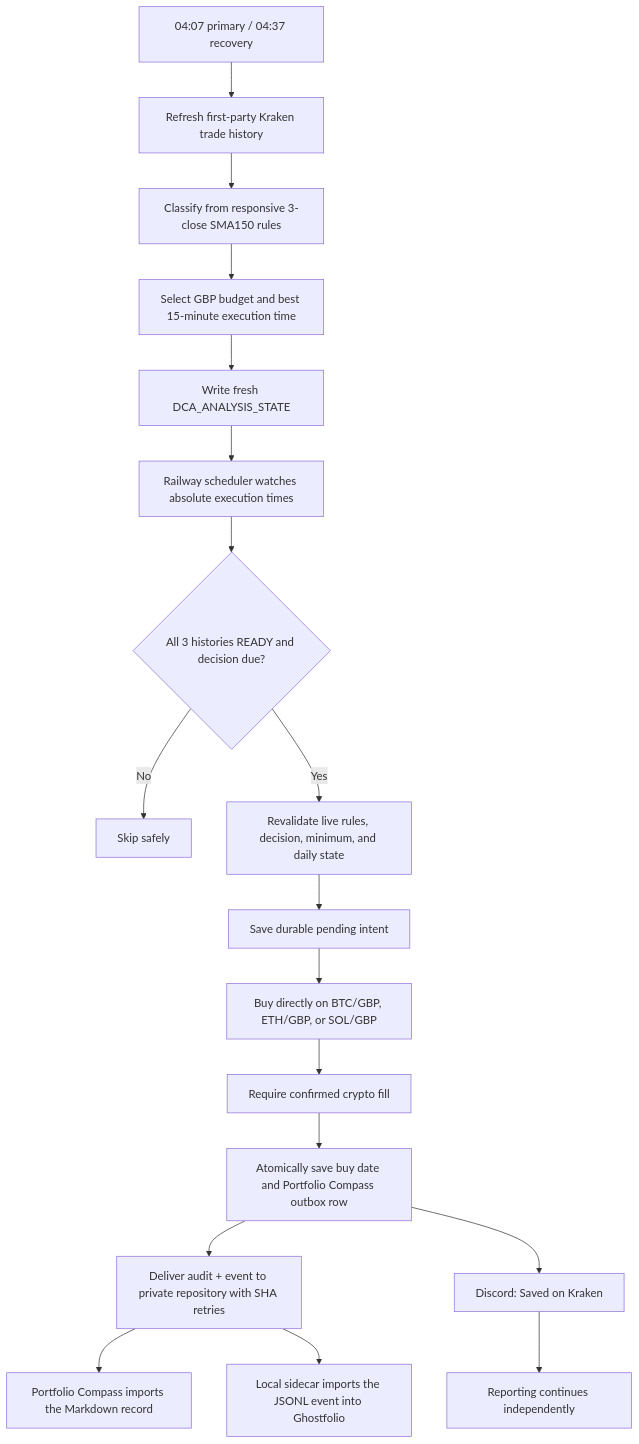
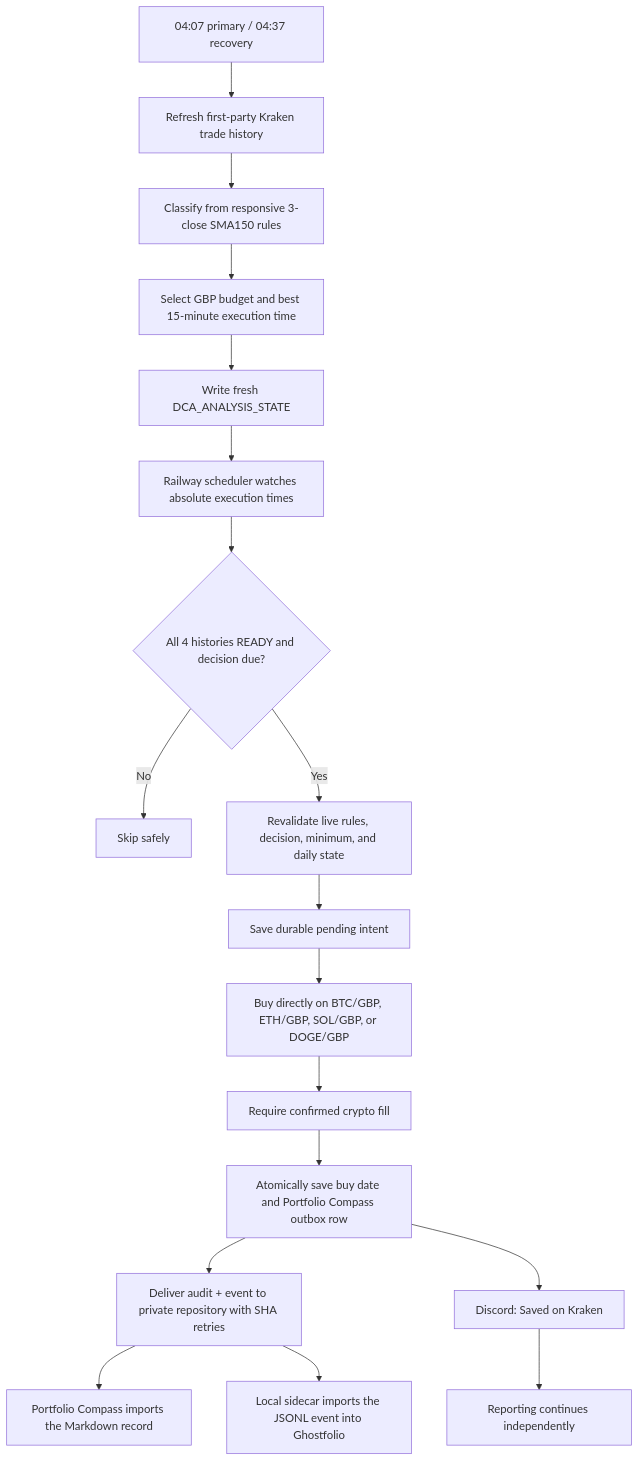
The first of 2 diagrams in README.md (aesscialo-bot/DCA-Bot), drawn with Mermaid before and after one commit. The commit also changed other lines of this file and 30 other files, not shown here.

````diff
--- a/README.md
+++ b/README.md
@@ -75,20 +81,20 @@
 ```mermaid
 flowchart TD
     A["04:07 primary / 04:37 recovery"] --> B["Refresh first-party Kraken trade history"]
     B --> C["Classify from responsive 3-close SMA150 rules"]
     C --> D["Select GBP budget and best 15-minute execution time"]
     D --> E["Write fresh DCA_ANALYSIS_STATE"]
     E --> F["Railway scheduler watches absolute execution times"]
-    F --> G{"All 3 histories READY and decision due?"}
+    F --> G{"All 4 histories READY and decision due?"}
     G -- "No" --> H["Skip safely"]
     G -- "Yes" --> I["Revalidate live rules, decision, minimum, and daily state"]
     I --> J["Save durable pending intent"]
-    J --> L["Buy directly on BTC/GBP, ETH/GBP, or SOL/GBP"]
+    J --> L["Buy directly on BTC/GBP, ETH/GBP, SOL/GBP, or DOGE/GBP"]
     L --> T["Require confirmed crypto fill"]
     T --> O["Atomically save buy date and Portfolio Compass outbox row"]
     O --> P["Deliver audit + event to private repository with SHA retries"]
     P --> U["Portfolio Compass imports the Markdown record"]
     P --> S["Local sidecar imports the JSONL event into Ghostfolio"]
     O --> Q["Discord: Saved on Kraken"]
     Q --> R["Reporting continues independently"]
 ```
````
